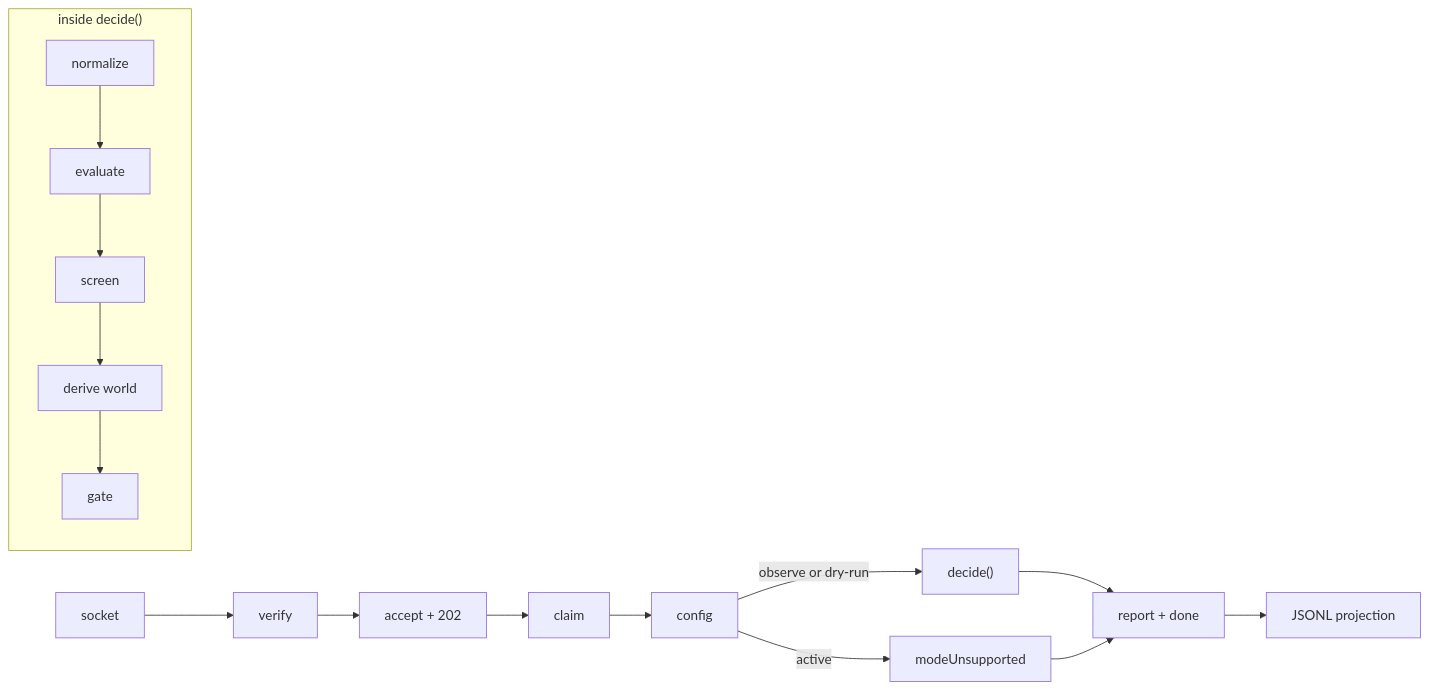
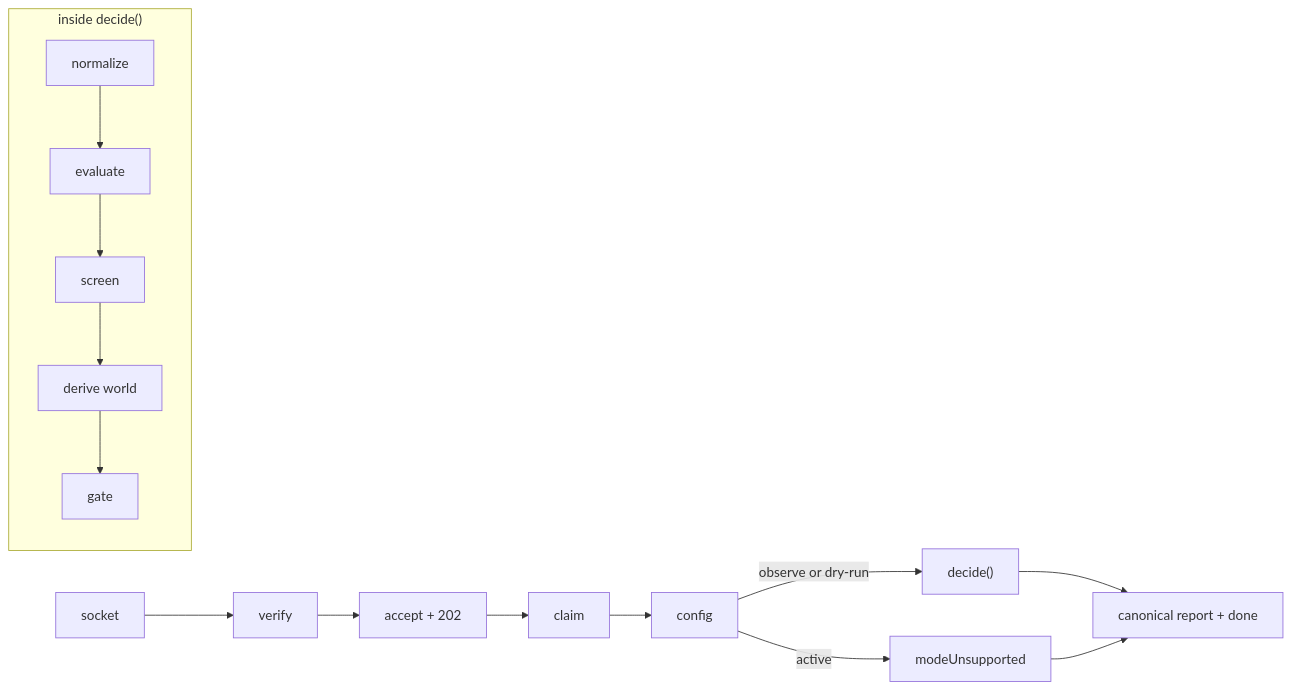
One commit to cheese-cakee/sdk-automations changed the diagram in design/trace.md. Above: the diagram before and after it, drawn with Mermaid. The commit also changed other lines of this file and 14 other files, not shown here.

````diff
--- a/design/trace.md
+++ b/design/trace.md
@@ -13,10 +13,10 @@
 ```mermaid
 flowchart LR
     A[socket] --> B[verify] --> C[accept + 202]
     C --> D[claim] --> E[config]
-    E -->|observe or dry-run| F["decide()"] --> G["report + done"] --> H["JSONL projection"]
+    E -->|observe or dry-run| F["decide()"] --> G["canonical report + done"]
     E -->|active| U["modeUnsupported"] --> G
     subgraph F2 ["inside decide()"]
         N[normalize] --> V[evaluate] --> S[screen] --> W[derive world] --> X[gate]
     end
 ```
````
